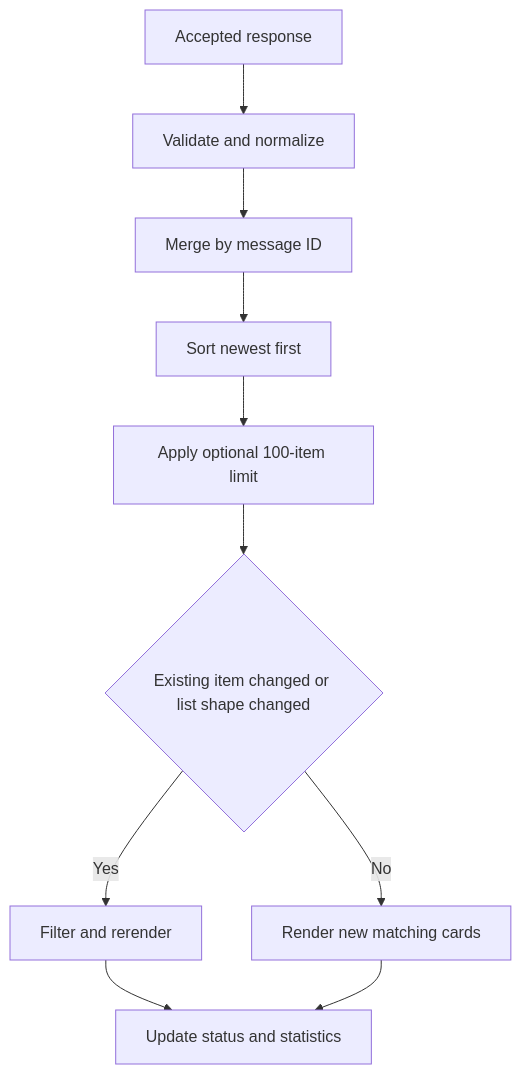
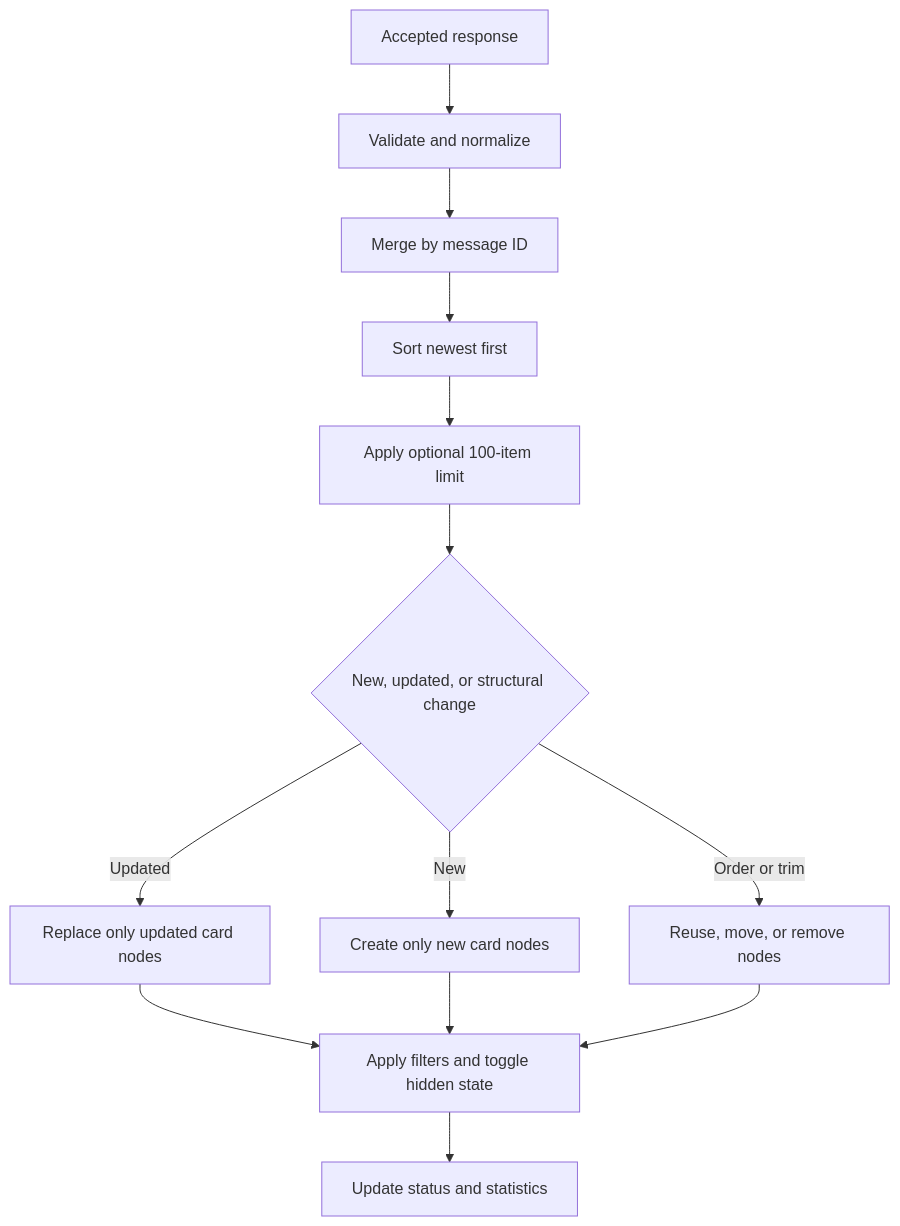
One commit to virtuecho/sina7x24 changed the third of 7 diagrams in ARCHITECTURE.md. Above: the diagram before and after it, drawn with Mermaid. The commit also changed other lines of this file and 2 other files, not shown here.

````diff
--- a/ARCHITECTURE.md
+++ b/ARCHITECTURE.md
@@ -110,12 +110,15 @@
 ```mermaid
 flowchart TD
   A["Accepted response"] --> B["Validate and normalize"]
   B --> C["Merge by message ID"]
   C --> D["Sort newest first"]
   D --> E["Apply optional 100-item limit"]
-  E --> F{"Existing item changed or list shape changed"}
-  F -->|Yes| G["Filter and rerender"]
-  F -->|No| H["Render new matching cards"]
-  G --> I["Update status and statistics"]
-  H --> I
+  E --> F{"New, updated, or structural change"}
+  F -->|Updated| G["Replace only updated card nodes"]
+  F -->|New| H["Create only new card nodes"]
+  F -->|Order or trim| I["Reuse, move, or remove nodes"]
+  G --> J["Apply filters and toggle hidden state"]
+  H --> J
+  I --> J
+  J --> K["Update status and statistics"]
 ```
````
